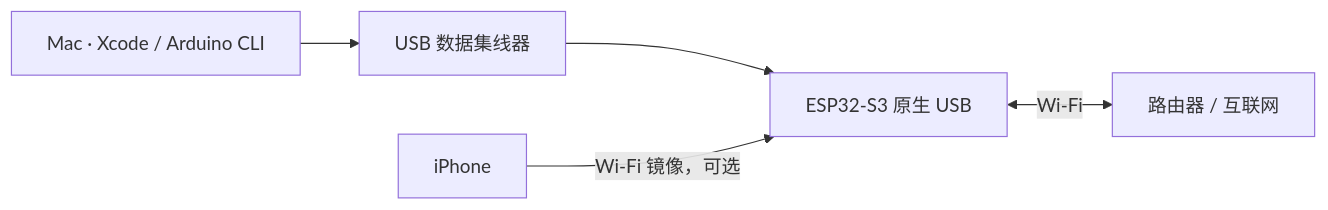
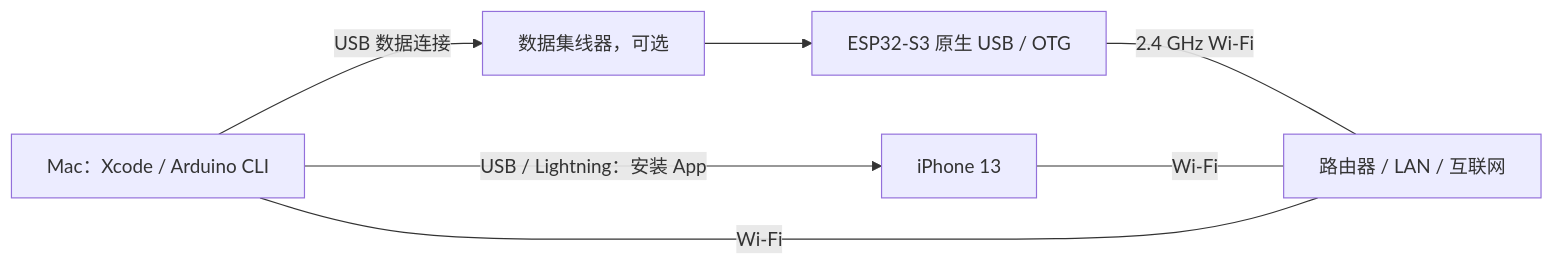
The first of 2 diagrams in docs/guide/hardware.md (InfronAI/esp32-iphone-agent), drawn with Mermaid before and after one commit. The commit also changed other lines of this file and 12 other files, not shown here.

````diff
--- a/docs/guide/hardware.md
+++ b/docs/guide/hardware.md
@@ -34,7 +81,9 @@
 ```mermaid
 flowchart LR
-    Mac["Mac · Xcode / Arduino CLI"] --> Hub["USB 数据集线器"]
-    Hub --> Board["ESP32-S3 原生 USB"]
-    Phone["iPhone"] -->|"Wi-Fi 镜像，可选"| Board
-    Board <-->|"Wi-Fi"| Router["路由器 / 互联网"]
+    Mac["Mac：Xcode / Arduino CLI"] -->|"USB 数据连接"| Hub["数据集线器，可选"]
+    Hub --> Board["ESP32-S3 原生 USB / OTG"]
+    Mac -->|"USB / Lightning：安装 App"| Phone["iPhone 13"]
+    Board ---|"2.4 GHz Wi-Fi"| LAN["路由器 / LAN / 互联网"]
+    Phone ---|"Wi-Fi"| LAN
+    Mac ---|"Wi-Fi"| LAN
 ```
````
